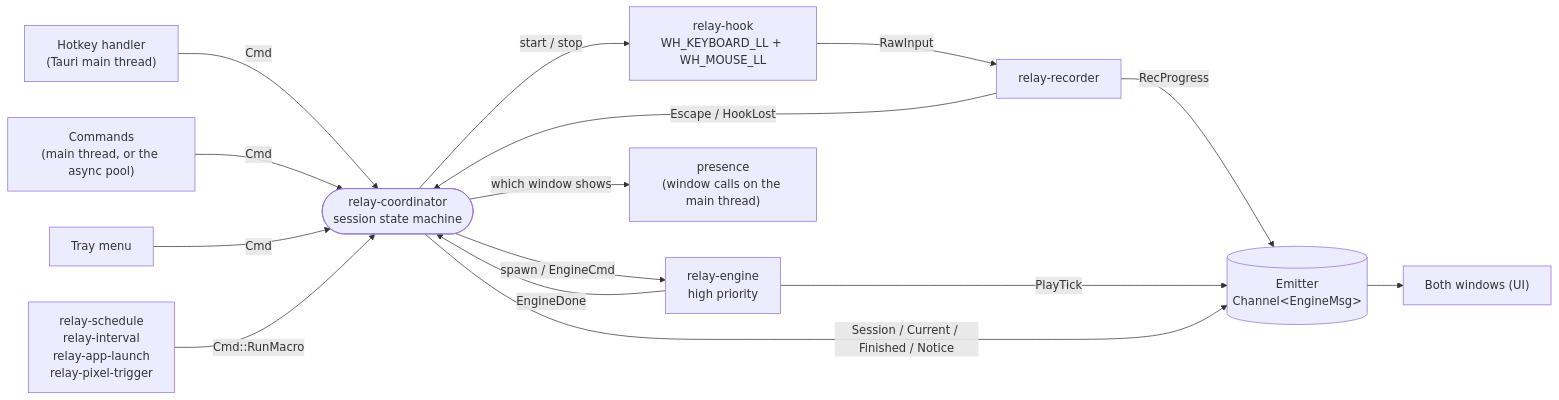
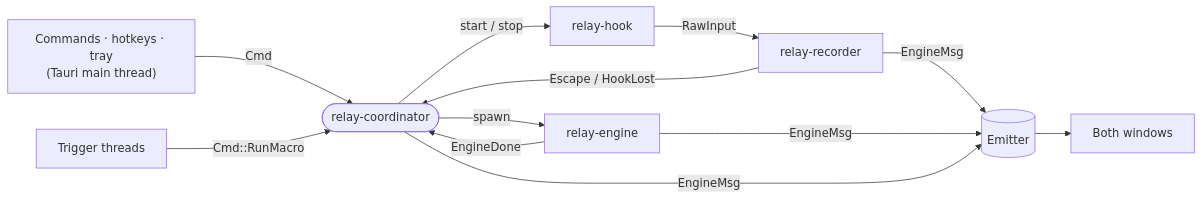
The second of 6 diagrams in docs/engineering/architecture.md (HappyRave/Relay), drawn with Mermaid before and after one commit. The commit also changed other lines of this file and 3 other files, not shown here.

First line of the commit message:
docs(engineering): architecture, core, platform and app, rewritten short

````diff
--- a/docs/engineering/architecture.md
+++ b/docs/engineering/architecture.md
@@ -75,18 +45,12 @@
 ```mermaid
 flowchart LR
-    hk["Hotkey handler<br/>(Tauri main thread)"] -- Cmd --> C
-    ui["Commands<br/>(main thread, or the async pool)"] -- Cmd --> C
-    tray["Tray menu"] -- Cmd --> C
-    T["relay-schedule<br/>relay-interval<br/>relay-app-launch<br/>relay-pixel-trigger"] -- "Cmd::RunMacro" --> C
-    C(["relay-coordinator<br/>session state machine"])
-    C -- "start / stop" --> H["relay-hook<br/>WH_KEYBOARD_LL + WH_MOUSE_LL"]
+    src["Commands · hotkeys · tray<br/>(Tauri main thread)"] -- Cmd --> C
+    T["Trigger threads"] -- "Cmd::RunMacro" --> C
+    C(["relay-coordinator"])
+    C -- "start / stop" --> H["relay-hook"]
     H -- RawInput --> R["relay-recorder"]
-    R -- "RecProgress" --> E[("Emitter<br/>Channel&lt;EngineMsg&gt;")]
     R -- "Escape / HookLost" --> C
-    C -- "spawn / EngineCmd" --> P["relay-engine<br/>high priority"]
-    P -- "PlayTick" --> E
+    C -- spawn --> P["relay-engine"]
     P -- "EngineDone" --> C
-    C -- "Session / Current / Finished / Notice" --> E
-    C -- "which window shows" --> PR["presence<br/>(window calls on the main thread)"]
-    E --> W["Both windows (UI)"]
+    R & P & C -- EngineMsg --> E[("Emitter")] --> W["Both windows"]
 ```
````
